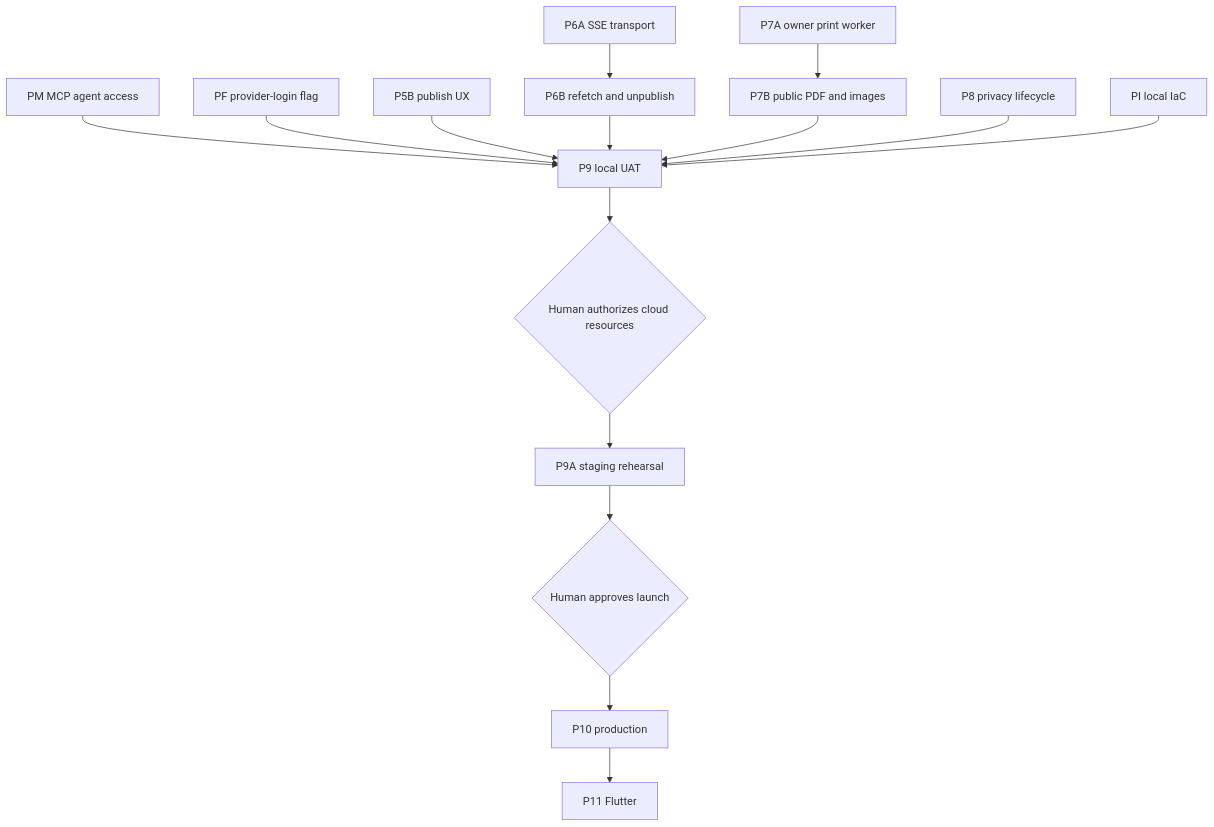
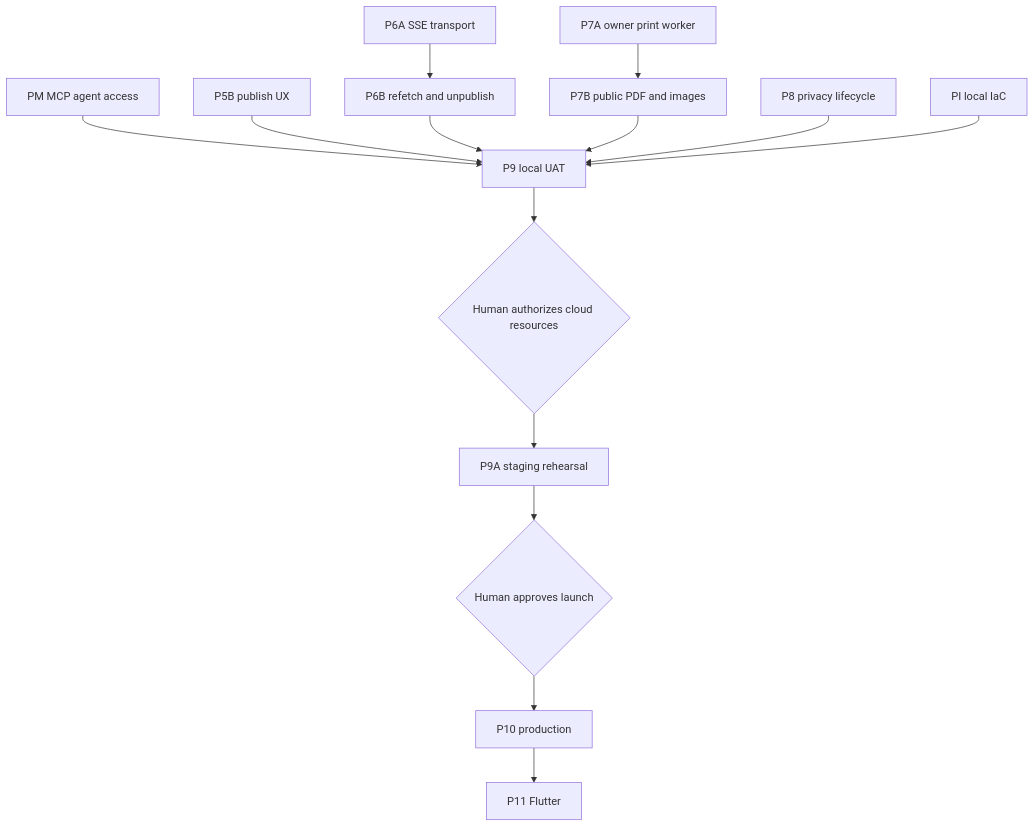
One commit to dannyota/aboutme changed the diagram in docs/plans/implementation-plan.md. Above: the diagram before and after it, drawn with Mermaid. The commit also changed other lines of this file and 16 other files, not shown here.

````diff
--- a/docs/plans/implementation-plan.md
+++ b/docs/plans/implementation-plan.md
@@ -77,17 +75,16 @@
 ```mermaid
 graph TD
     PM[PM MCP agent access] --> P9[P9 local UAT]
-    PF[PF provider-login flag] --> P9
     P5B[P5B publish UX] --> P9
     P6A[P6A SSE transport] --> P6B[P6B refetch and unpublish]
     P6B --> P9
     P7A[P7A owner print worker] --> P7B[P7B public PDF and images]
     P7B --> P9
     P8[P8 privacy lifecycle] --> P9
     PI[PI local IaC] --> P9
     P9 --> AUTH{Human authorizes cloud resources}
     AUTH --> P9A[P9A staging rehearsal]
     P9A --> LAUNCH{Human approves launch}
     LAUNCH --> P10[P10 production]
     P10 --> P11[P11 Flutter]
 ```
````
